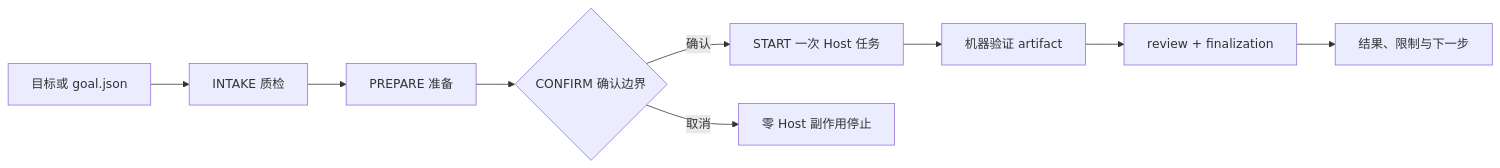
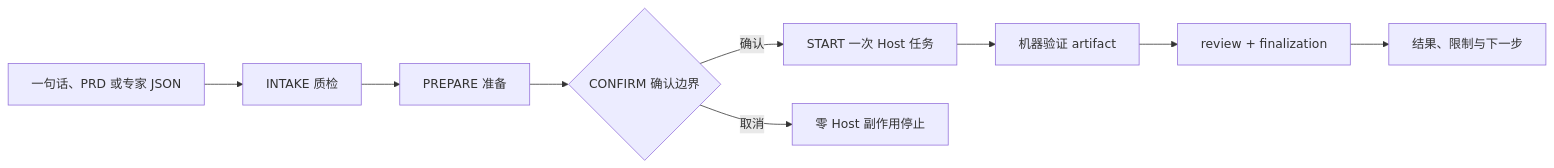
Before and after one commit to amanayayatu-tech/loop-skill: the first of 2 diagrams in README.md, drawn with Mermaid. The commit also changed other lines of this file and 60 other files, not shown here.

````diff
--- a/README.md
+++ b/README.md
@@ -89,11 +82,11 @@
 ```mermaid
 flowchart LR
-    G["目标或 goal.json"] --> I["INTAKE 质检"]
+    G["一句话、PRD 或专家 JSON"] --> I["INTAKE 质检"]
     I --> P["PREPARE 准备"]
     P --> C{"CONFIRM 确认边界"}
     C -->|确认| S["START 一次 Host 任务"]
     C -->|取消| X["零 Host 副作用停止"]
     S --> A["机器验证 artifact"]
     A --> R["review + finalization"]
     R --> O["结果、限制与下一步"]
 ```
````
